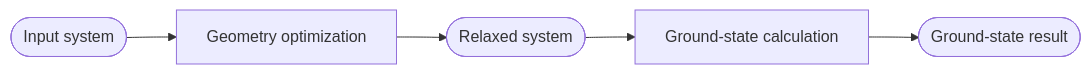
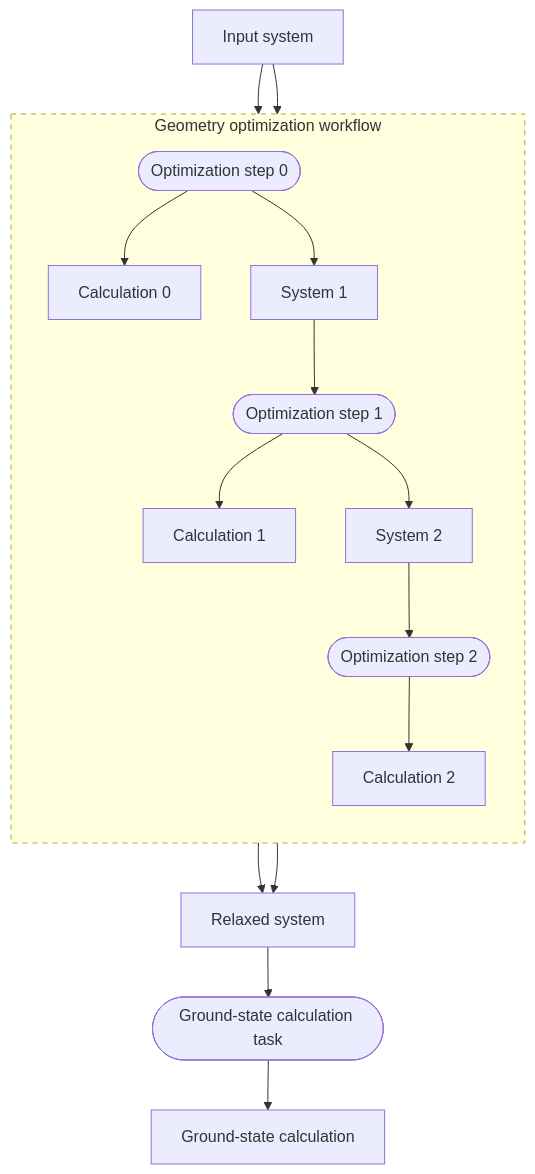
The second of 2 diagrams in docs/explanation/workflows.md (FAIRmat-NFDI/nomad-docs), drawn with Mermaid before and after one commit. The commit also changed other lines of this file and 2 other files, not shown here.

Commit message:
update reference diagrams

````diff
--- a/docs/explanation/workflows.md
+++ b/docs/explanation/workflows.md
@@ -80,7 +88,33 @@
 ```mermaid
-flowchart LR
-    input([Input system]) --> optimization[Geometry optimization]
-    optimization --> relaxed([Relaxed system])
-    relaxed --> ground_state[Ground-state calculation]
-    ground_state --> result([Ground-state result])
+flowchart TB
+    input["Input system"]
+
+    subgraph optimization["Geometry optimization workflow"]
+        direction TB
+        step0(["Optimization step 0"])
+        calc0["Calculation 0"]
+        system1["System 1"]
+        step1(["Optimization step 1"])
+        calc1["Calculation 1"]
+        system2["System 2"]
+        step2(["Optimization step 2"])
+        calc2["Calculation 2"]
+
+        step0 --> calc0
+        step0 --> system1
+        system1 --> step1
+        step1 --> calc1
+        step1 --> system2
+        system2 --> step2
+        step2 --> calc2
+    end
+
+    input --> optimization
+    input --> step0
+    step2 --> relaxed["Relaxed system"]
+    optimization --> relaxed
+    relaxed --> ground_state(["Ground-state calculation task"])
+    ground_state --> result["Ground-state calculation"]
+
+    style optimization stroke-dasharray: 5 5
 ```
````
